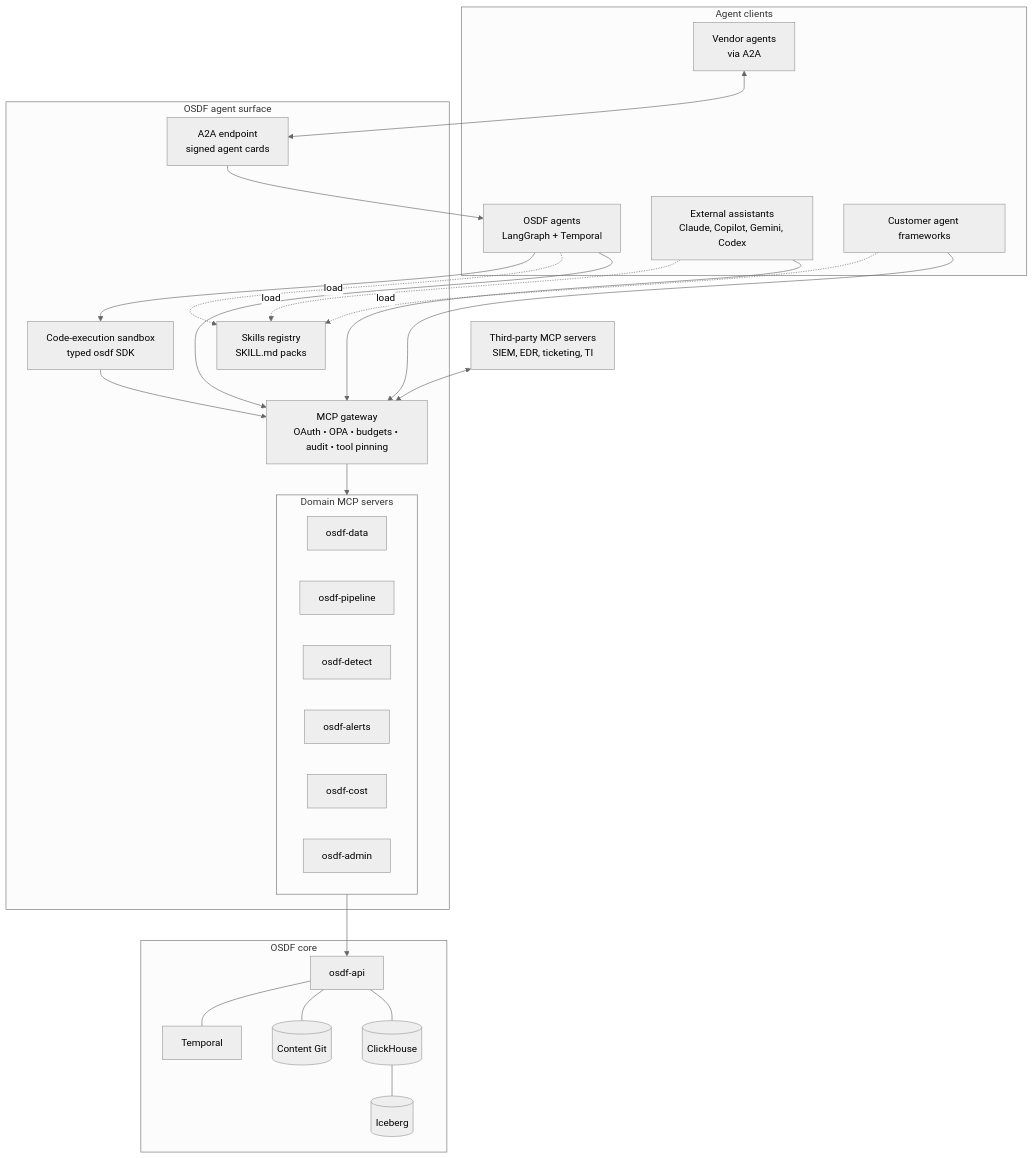
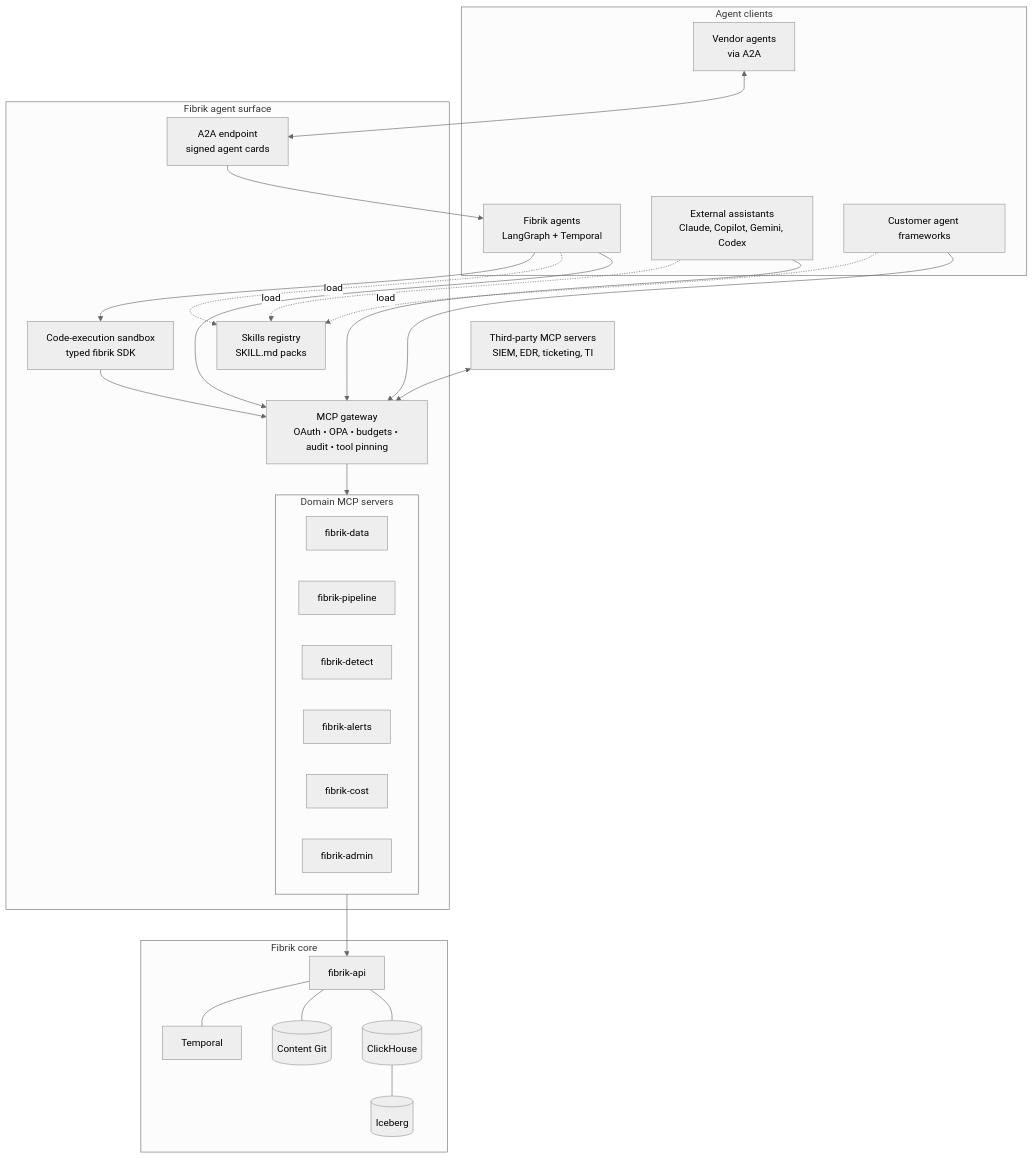
Before and after one commit to SClinton/fibrik: the seventh of 7 diagrams in architecture.md, drawn with Mermaid (neutral theme). The commit also changed other lines of this file and 9 other files, not shown here.

First line of the commit message:
Rename project from OSDF to Fibrik

````diff
--- a/architecture.md
+++ b/architecture.md
@@ -598,35 +598,35 @@
 ```mermaid
 flowchart TB
   subgraph Clients[Agent clients]
-    OA[OSDF agents<br/>LangGraph + Temporal]
+    OA[Fibrik agents<br/>LangGraph + Temporal]
     XA[External assistants<br/>Claude, Copilot, Gemini, Codex]
     CA[Customer agent frameworks]
     VA[Vendor agents<br/>via A2A]
   end
-  subgraph Surface[OSDF agent surface]
+  subgraph Surface[Fibrik agent surface]
     GW[MCP gateway<br/>OAuth • OPA • budgets • audit • tool pinning]
     A2A[A2A endpoint<br/>signed agent cards]
     subgraph Servers[Domain MCP servers]
-      D[osdf-data]
-      P[osdf-pipeline]
-      DT[osdf-detect]
-      AL[osdf-alerts]
-      C[osdf-cost]
-      AD[osdf-admin]
+      D[fibrik-data]
+      P[fibrik-pipeline]
+      DT[fibrik-detect]
+      AL[fibrik-alerts]
+      C[fibrik-cost]
+      AD[fibrik-admin]
     end
     SK[Skills registry<br/>SKILL.md packs]
-    SDK[Code-execution sandbox<br/>typed osdf SDK]
+    SDK[Code-execution sandbox<br/>typed fibrik SDK]
   end
-  subgraph Core[OSDF core]
-    API[osdf-api] --- CH[(ClickHouse)] --- ICE[(Iceberg)]
+  subgraph Core[Fibrik core]
+    API[fibrik-api] --- CH[(ClickHouse)] --- ICE[(Iceberg)]
     API --- GIT[(Content Git)]
     API --- TMP[Temporal]
   end
   OA & XA & CA --> GW
   VA <--> A2A --> OA
   GW --> Servers
   OA & XA & CA -. load .-> SK
   OA --> SDK --> GW
   Servers --> API
   EXT3[Third-party MCP servers<br/>SIEM, EDR, ticketing, TI] <--> GW
 ```
````
